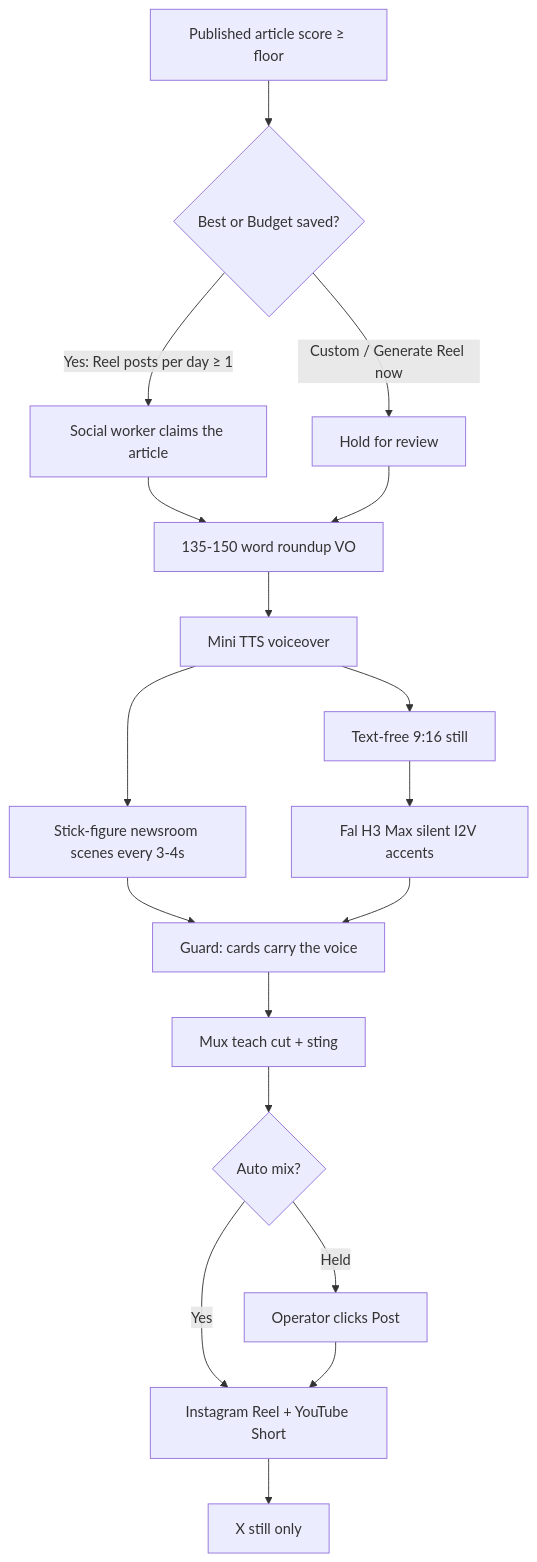
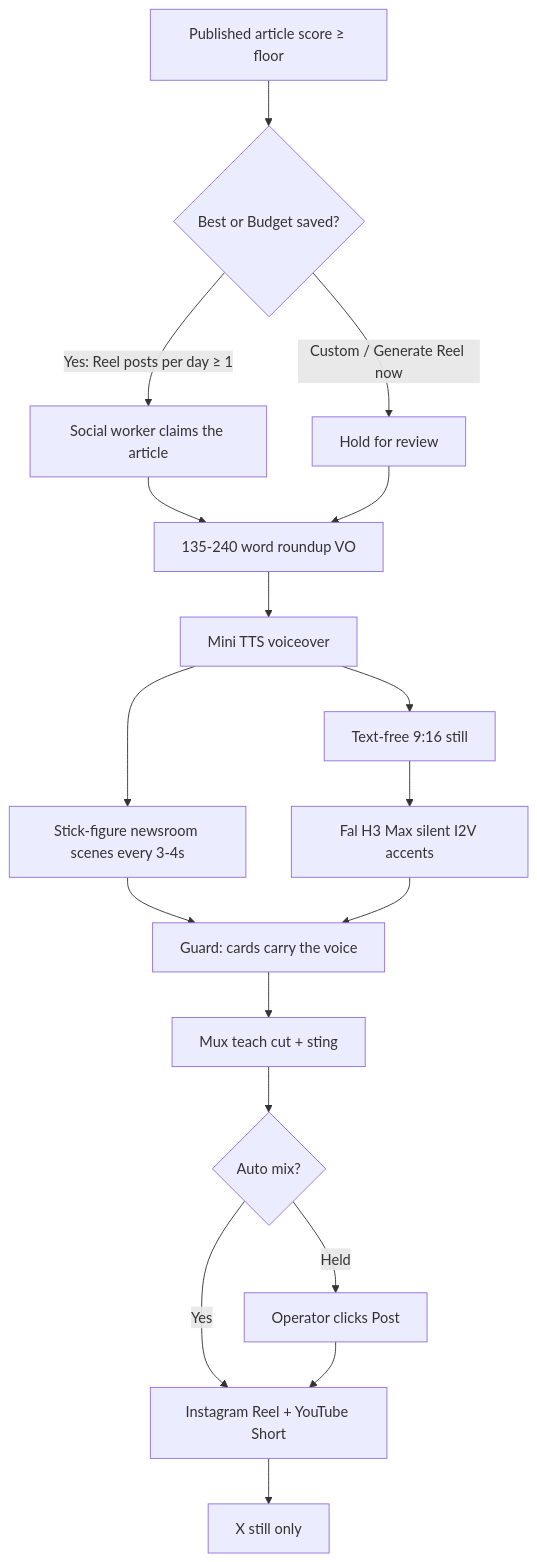
The third of 3 diagrams in docs/SOCIAL-DISTRIBUTION-ARCHITECTURE.md (HaneetGH/technorapper-ai-wire), drawn with Mermaid before and after one commit. The commit also changed other lines of this file and 8 other files, not shown here.

````diff
--- a/docs/SOCIAL-DISTRIBUTION-ARCHITECTURE.md
+++ b/docs/SOCIAL-DISTRIBUTION-ARCHITECTURE.md
@@ -118,20 +118,20 @@
 ```mermaid
 flowchart TD
     A[Published article score ≥ floor] --> B{Best or Budget saved?}
     B -->|Yes: Reel posts per day ≥ 1| C[Social worker claims the article]
     B -->|Custom / Generate Reel now| D[Hold for review]
-    C --> E[135-150 word roundup VO]
+    C --> E[135-240 word roundup VO]
     D --> E
     E --> F[Mini TTS voiceover]
     F --> G[Stick-figure newsroom scenes every 3-4s]
     F --> H[Text-free 9:16 still]
     H --> I[Fal H3 Max silent I2V accents]
     G --> J[Guard: cards carry the voice]
     I --> J
     J --> K[Mux teach cut + sting]
     K --> L{Auto mix?}
     L -->|Yes| M[Instagram Reel + YouTube Short]
     L -->|Held| N[Operator clicks Post]
     N --> M
     M --> O[X still only]
 ```
````
